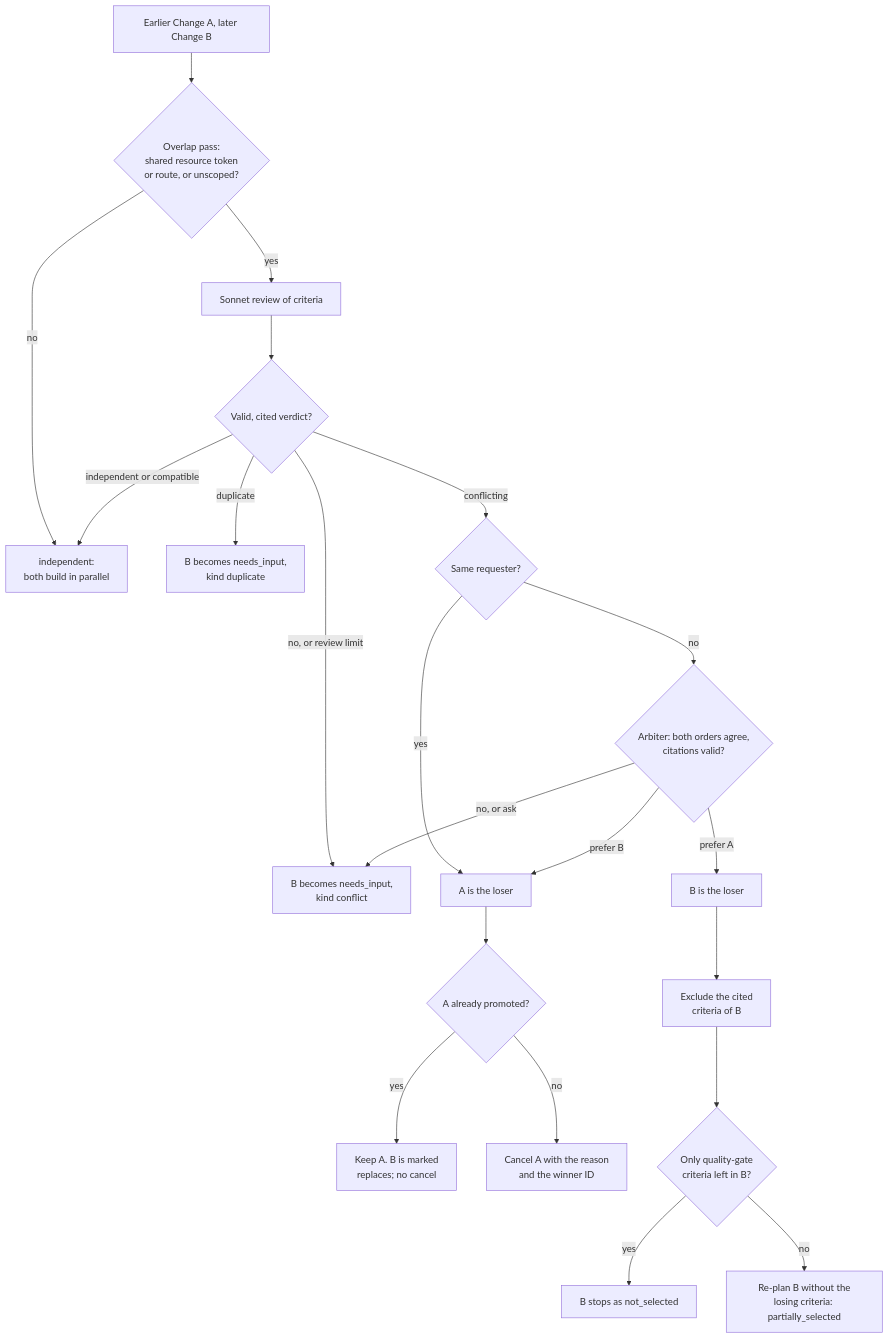
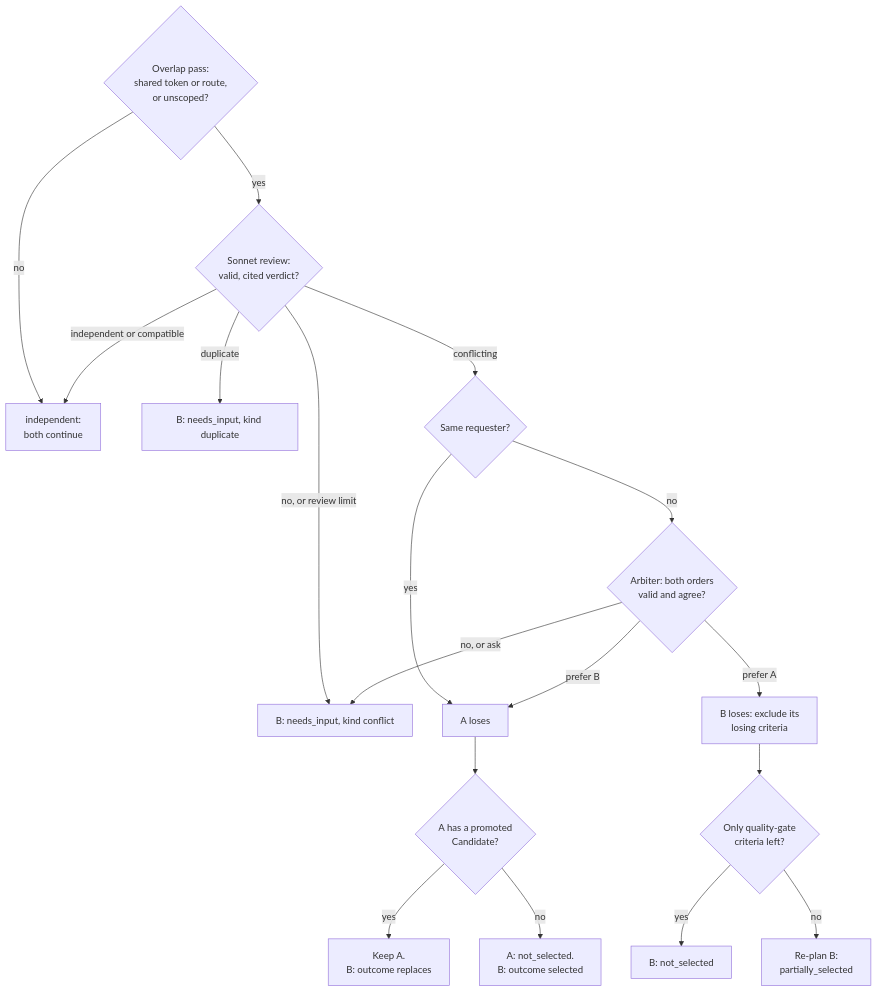
The third of 3 diagrams in docs/architecture/shared-projects.md (nsudhanva/rhumbatron), drawn with Mermaid before and after one commit. The commit also changed other lines of this file and 47 other files, not shown here.

````diff
--- a/docs/architecture/shared-projects.md
+++ b/docs/architecture/shared-projects.md
@@ -323,23 +293,20 @@
 ```mermaid
 flowchart TB
-  S["Earlier Change A, later Change B"] --> O{"Overlap pass:<br/>shared resource token<br/>or route, or unscoped?"}
-  O -->|"no"| IND["independent:<br/>both build in parallel"]
-  O -->|"yes"| R["Sonnet review of criteria"]
-  R --> V{"Valid, cited verdict?"}
-  V -->|"no, or review limit"| ASK["B becomes needs_input,<br/>kind conflict"]
-  V -->|"independent or compatible"| IND
-  V -->|"duplicate"| DUP["B becomes needs_input,<br/>kind duplicate"]
-  V -->|"conflicting"| SR{"Same requester?"}
-  SR -->|"yes"| LA["A is the loser"]
-  SR -->|"no"| AR{"Arbiter: both orders agree,<br/>citations valid?"}
+  O{"Overlap pass:<br/>shared token or route,<br/>or unscoped?"} -->|"no"| IND["independent:<br/>both continue"]
+  O -->|"yes"| R{"Sonnet review:<br/>valid, cited verdict?"}
+  R -->|"no, or review limit"| ASK["B: needs_input, kind conflict"]
+  R -->|"independent or compatible"| IND
+  R -->|"duplicate"| DUP["B: needs_input, kind duplicate"]
+  R -->|"conflicting"| SR{"Same requester?"}
+  SR -->|"yes"| LA["A loses"]
+  SR -->|"no"| AR{"Arbiter: both orders<br/>valid and agree?"}
   AR -->|"no, or ask"| ASK
   AR -->|"prefer B"| LA
-  AR -->|"prefer A"| LB["B is the loser"]
-  LA --> PR{"A already promoted?"}
-  PR -->|"yes"| KEEP["Keep A. B is marked<br/>replaces; no cancel"]
-  PR -->|"no"| CAN["Cancel A with the reason<br/>and the winner ID"]
-  LB --> EXC["Exclude the cited<br/>criteria of B"]
-  EXC --> NS{"Only quality-gate<br/>criteria left in B?"}
-  NS -->|"yes"| NOT["B stops as not_selected"]
-  NS -->|"no"| PART["Re-plan B without the<br/>losing criteria: partially_selected"]
+  AR -->|"prefer A"| LB["B loses: exclude its<br/>losing criteria"]
+  LA --> PR{"A has a promoted<br/>Candidate?"}
+  PR -->|"yes"| KEEP["Keep A.<br/>B: outcome replaces"]
+  PR -->|"no"| CAN["A: not_selected.<br/>B: outcome selected"]
+  LB --> NS{"Only quality-gate<br/>criteria left?"}
+  NS -->|"yes"| NOT["B: not_selected"]
+  NS -->|"no"| PART["Re-plan B:<br/>partially_selected"]
 ```
````
